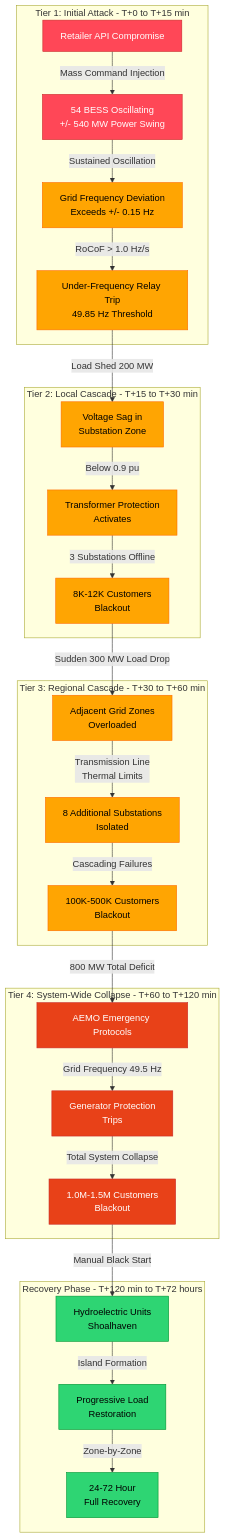
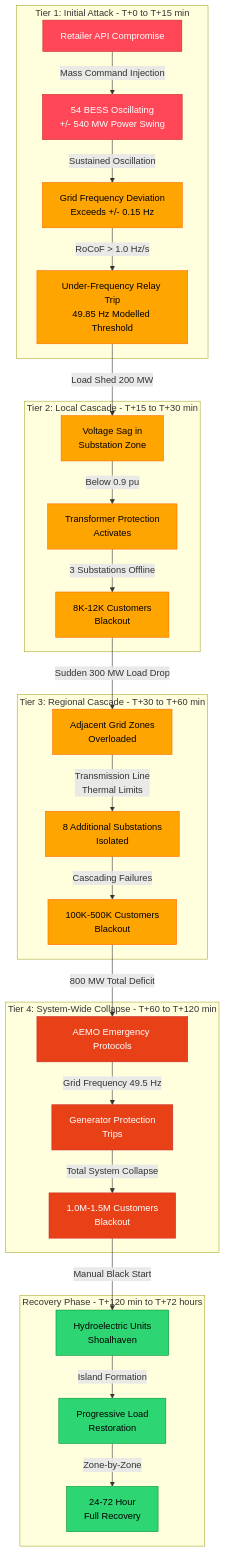
The second of 11 diagrams in references/WG-04-CF-Cascading-Failures/WG-04-CF-Cascading Failure Hypothesis.md (Planet9V/eigenia), drawn with Mermaid before and after one commit. The commit also changed other lines of this file, not shown here.

````diff
--- a/references/WG-04-CF-Cascading-Failures/WG-04-CF-Cascading Failure Hypothesis.md
+++ b/references/WG-04-CF-Cascading-Failures/WG-04-CF-Cascading Failure Hypothesis.md
@@ -635,42 +636,42 @@
 ```mermaid
 graph TB
     subgraph "Tier 1: Initial Attack - T+0 to T+15 min"
         A1[Retailer API Compromise] -->|Mass Command Injection| A2[54 BESS Oscillating<br/>+/- 540 MW Power Swing]
         A2 -->|Sustained Oscillation| A3[Grid Frequency Deviation<br/>Exceeds +/- 0.15 Hz]
-        A3 -->|RoCoF > 1.0 Hz/s| A4[Under-Frequency Relay Trip<br/>49.85 Hz Threshold]
+        A3 -->|RoCoF > 1.0 Hz/s| A4[Under-Frequency Relay Trip<br/>49.85 Hz Modelled Threshold]
     end
 
     subgraph "Tier 2: Local Cascade - T+15 to T+30 min"
         A4 -->|Load Shed 200 MW| B1[Voltage Sag in<br/>Substation Zone]
         B1 -->|Below 0.9 pu| B2[Transformer Protection<br/>Activates]
         B2 -->|3 Substations Offline| B3[8K-12K Customers<br/>Blackout]
     end
 
     subgraph "Tier 3: Regional Cascade - T+30 to T+60 min"
         B3 -->|Sudden 300 MW Load Drop| C1[Adjacent Grid Zones<br/>Overloaded]
         C1 -->|Transmission Line<br/>Thermal Limits| C2[8 Additional Substations<br/>Isolated]
         C2 -->|Cascading Failures| C3[100K-500K Customers<br/>Blackout]
     end
 
     subgraph "Tier 4: System-Wide Collapse - T+60 to T+120 min"
         C3 -->|800 MW Total Deficit| D1[AEMO Emergency Protocols]
         D1 -->|Grid Frequency 49.5 Hz| D2[Generator Protection<br/>Trips]
         D2 -->|Total System Collapse| D3[1.0M-1.5M Customers<br/>Blackout]
     end
 
     subgraph "Recovery Phase - T+120 min to T+72 hours"
         D3 -->|Manual Black Start| E1[Hydroelectric Units<br/>Shoalhaven]
         E1 -->|Island Formation| E2[Progressive Load<br/>Restoration]
         E2 -->|Zone-by-Zone| E3[24-72 Hour<br/>Full Recovery]
     end
 
     classDef attack fill:#ff4757,stroke:#c92a2a,color:#fff
     classDef cascade fill:#ffa502,stroke:#ff6b00,color:#000
     classDef collapse fill:#e84118,stroke:#c92a2a,color:#fff
     classDef recovery fill:#2ed573,stroke:#009432,color:#000
 
     class A1,A2 attack
     class A3,A4,B1,B2,B3,C1,C2,C3 cascade
     class D1,D2,D3 collapse
     class E1,E2,E3 recovery
 ```
````
